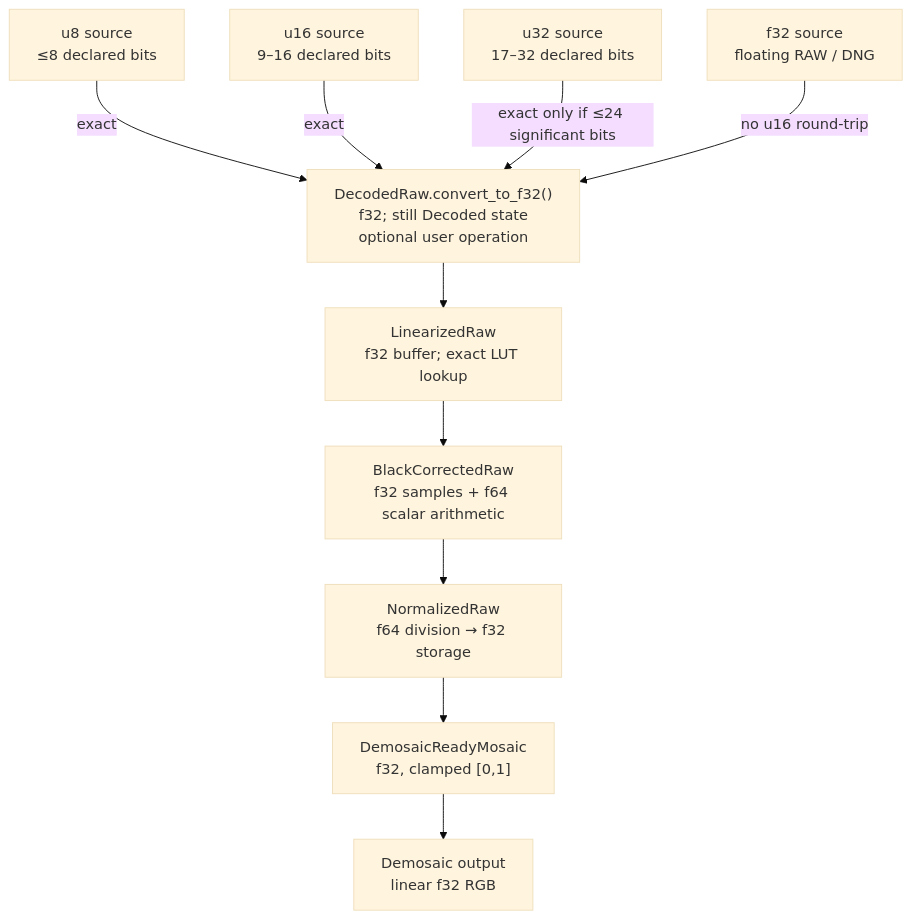
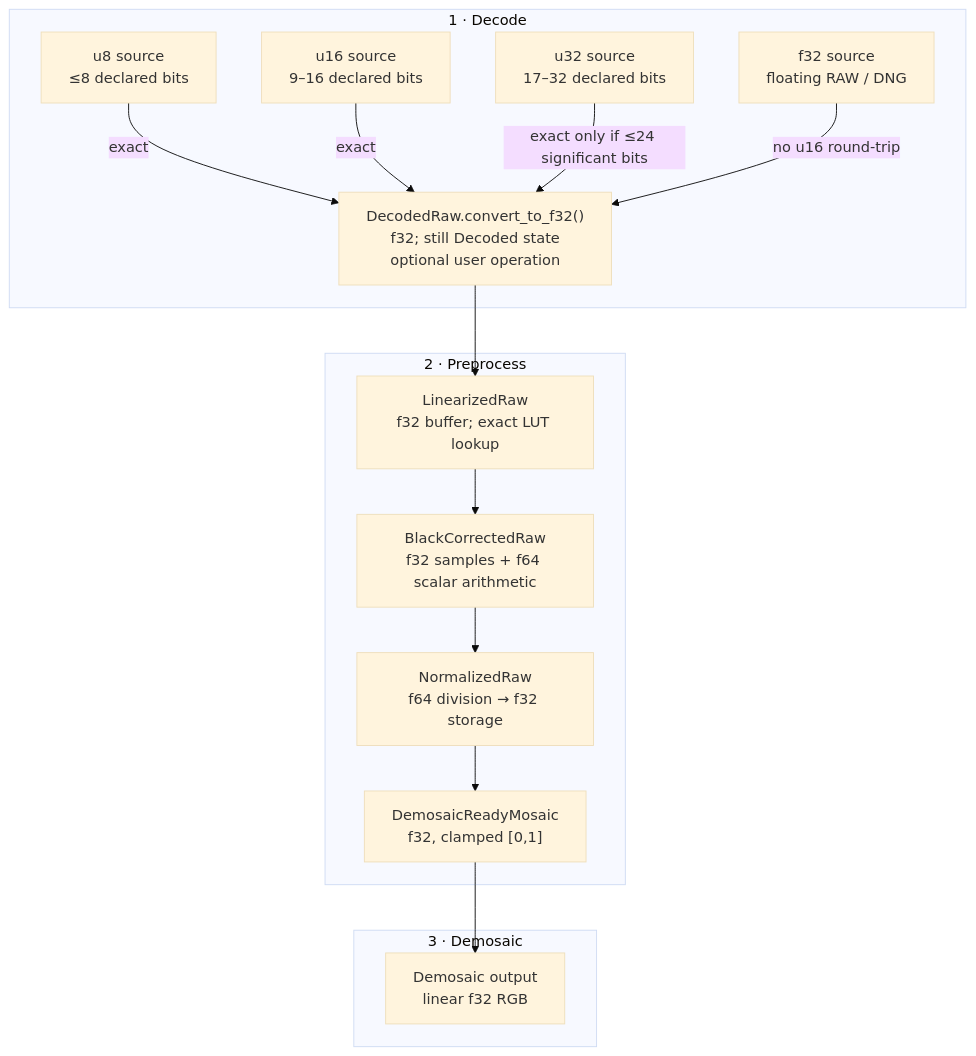
Before and after one commit to Glatzel/fornax: the diagram in docs/raw-pipeline/precision.md, drawn with Mermaid (base theme). The commit also changed 2 other files, not shown here.

Commit message:
docs(raw-pipeline): label phases in all charts

````diff
--- a/docs/raw-pipeline/precision.md
+++ b/docs/raw-pipeline/precision.md
@@ -12,23 +12,32 @@
 ```mermaid
 flowchart TD
-    U8["u8 source\n≤8 declared bits"]
-    U16["u16 source\n9–16 declared bits"]
-    U32["u32 source\n17–32 declared bits"]
-    F32S["f32 source\nfloating RAW / DNG"]
-    Work["DecodedRaw.convert_to_f32()\nf32; still Decoded state\noptional user operation"]
-    Linear["LinearizedRaw\nf32 buffer; exact LUT lookup"]
-    Subtract["BlackCorrectedRaw\nf32 samples + f64 scalar arithmetic"]
-    Normalize["NormalizedRaw\nf64 division → f32 storage"]
-    Ready["DemosaicReadyMosaic\nf32, clamped [0,1]"]
-    Demo["Demosaic output\nlinear f32 RGB"]
+    subgraph DecodePhase["1 · Decode"]
+        U8["u8 source\n≤8 declared bits"]
+        U16["u16 source\n9–16 declared bits"]
+        U32["u32 source\n17–32 declared bits"]
+        F32S["f32 source\nfloating RAW / DNG"]
+        Work["DecodedRaw.convert_to_f32()\nf32; still Decoded state\noptional user operation"]
+    end
 
     U8 -->|exact| Work
     U16 -->|exact| Work
     U32 -->|"exact only if ≤24 significant bits"| Work
     F32S -->|no u16 round-trip| Work
+
+    subgraph PreprocessPhase["2 · Preprocess"]
+        Linear["LinearizedRaw\nf32 buffer; exact LUT lookup"]
+        Subtract["BlackCorrectedRaw\nf32 samples + f64 scalar arithmetic"]
+        Normalize["NormalizedRaw\nf64 division → f32 storage"]
+        Ready["DemosaicReadyMosaic\nf32, clamped [0,1]"]
+    end
+
+    subgraph DemosaicPhase["3 · Demosaic"]
+        Demo["Demosaic output\nlinear f32 RGB"]
+    end
+
     Work --> Linear
     Linear --> Subtract
     Subtract --> Normalize
     Normalize --> Ready
     Ready --> Demo
 ```
````
